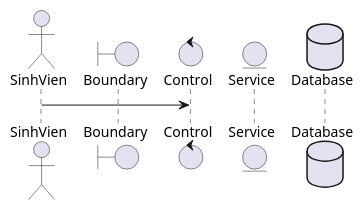
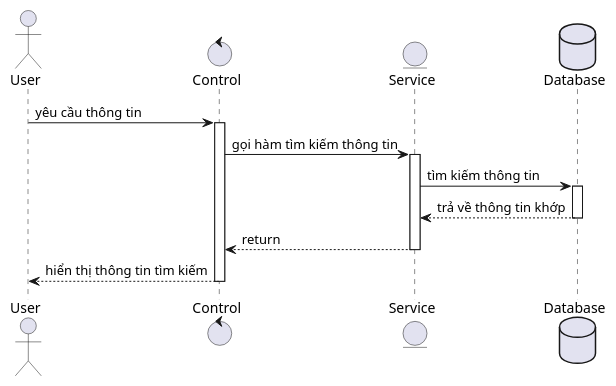
One commit to toroieno/HUST changed the diagram in DA_II/drawio/sequence/searchinfo.wsd. Above: the diagram before and after it, drawn with PlantUML. The commit also changed 22 other files, not shown here.

```diff
--- a/DA_II/drawio/sequence/searchinfo.wsd
+++ b/DA_II/drawio/sequence/searchinfo.wsd
@@ -1,11 +1,21 @@
-@startuml login
+@startuml si
 
-actor       SinhVien    as A
-boundary    Boundary    as B
+actor       User    as A
 control     Control     as C
 entity      Service     as S
 database    Database    as D
 
-A -> C : 
+A -> C : yêu cầu thông tin
+activate C
+C -> S : gọi hàm tìm kiếm thông tin
+activate S
+S -> D : tìm kiếm thông tin
+activate D
+D --> S : trả về thông tin khớp
+deactivate D
+S --> C : return
+deactivate S
+C --> A : hiển thị thông tin tìm kiếm
+deactivate C
 
 @enduml
```
